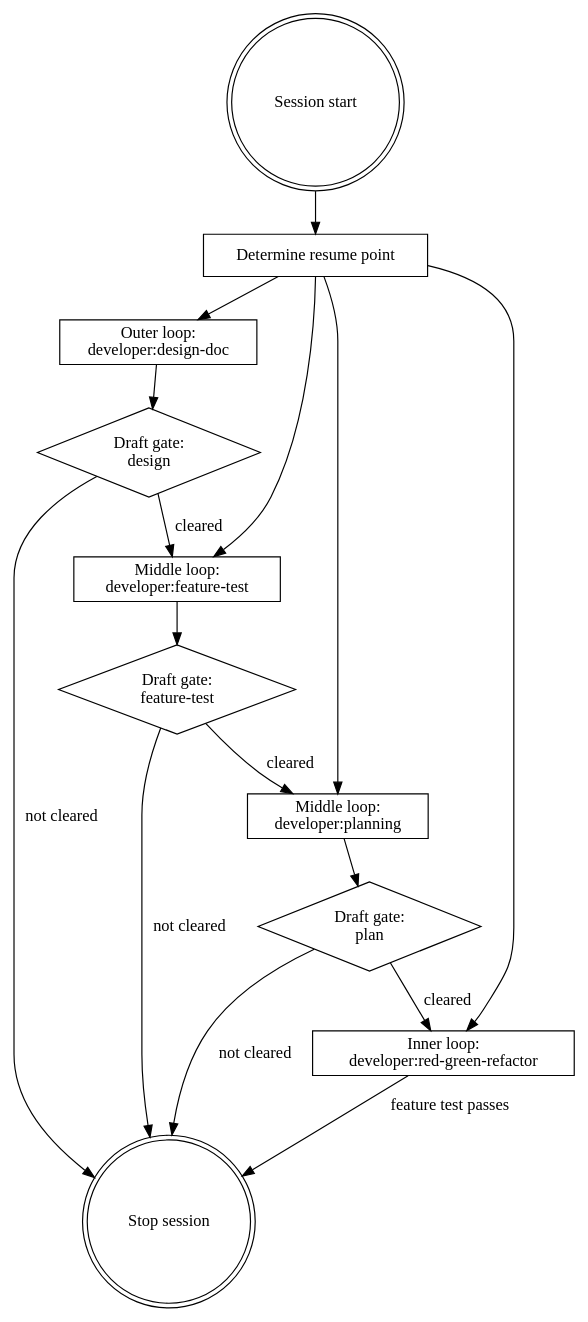
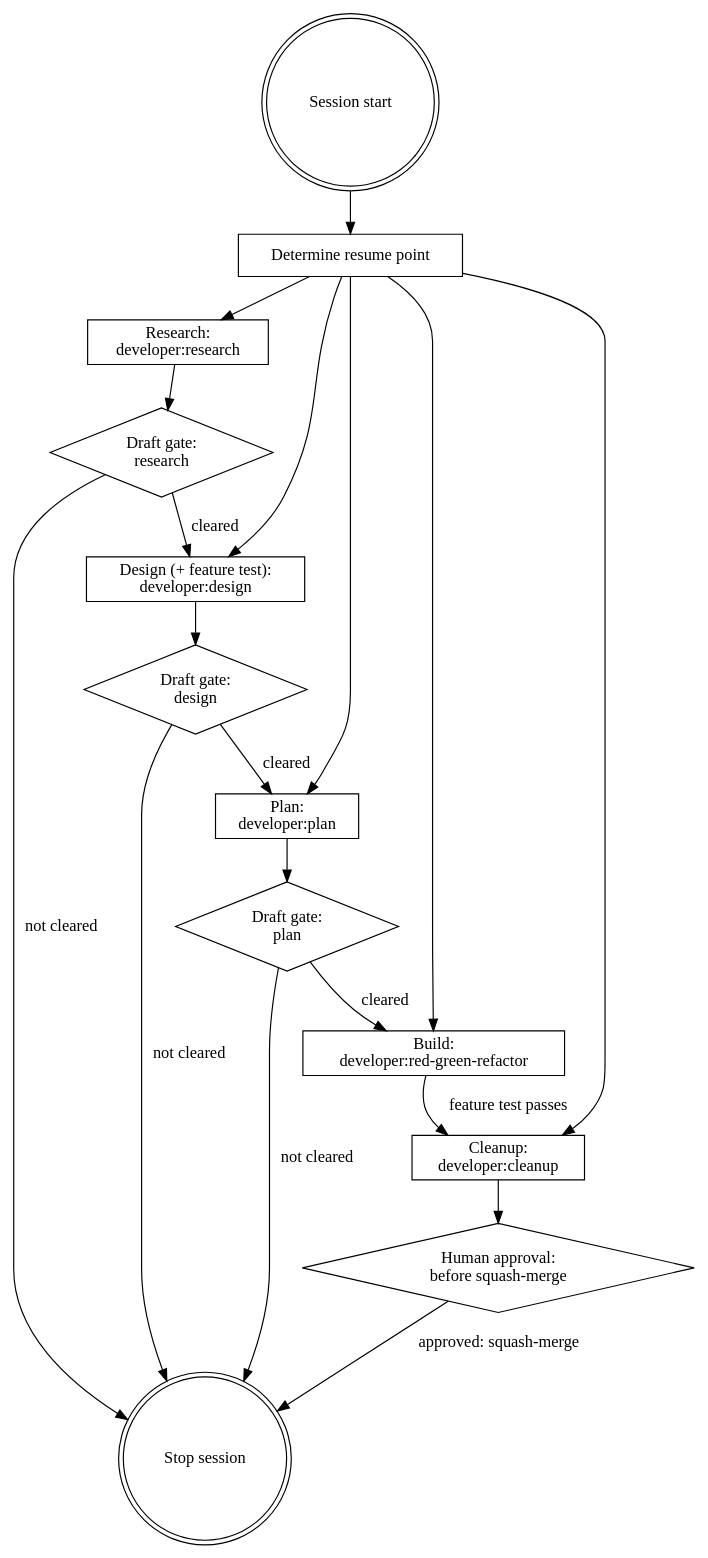
One commit to DavidSouther/domain-driven-design changed the diagram in developer/skills/ailly/SKILL.md. Above: the diagram before and after it, drawn with Graphviz. The commit also changed other lines of this file and 10 other files, not shown here.

````diff
--- a/developer/skills/ailly/SKILL.md
+++ b/developer/skills/ailly/SKILL.md
@@ -34,34 +37,39 @@
 ```dot
 digraph run {
     start [shape=doublecircle label="Session start"];
     resume [shape=box label="Determine resume point"];
-    design_doc [shape=box label="Outer loop:\ndeveloper:design-doc"];
+    research [shape=box label="Research:\ndeveloper:research"];
+    gate_research [shape=diamond label="Draft gate:\nresearch"];
+    design [shape=box label="Design (+ feature test):\ndeveloper:design"];
     gate_design [shape=diamond label="Draft gate:\ndesign"];
-    feature_test [shape=box label="Middle loop:\ndeveloper:feature-test"];
-    gate_feature [shape=diamond label="Draft gate:\nfeature-test"];
-    planning [shape=box label="Middle loop:\ndeveloper:planning"];
+    planning [shape=box label="Plan:\ndeveloper:plan"];
     gate_plan [shape=diamond label="Draft gate:\nplan"];
-    rgr [shape=box label="Inner loop:\ndeveloper:red-green-refactor"];
+    rgr [shape=box label="Build:\ndeveloper:red-green-refactor"];
+    cleanup [shape=box label="Cleanup:\ndeveloper:cleanup"];
+    gate_merge [shape=diamond label="Human approval:\nbefore squash-merge"];
     stop [shape=doublecircle label="Stop session"];
 
     start -> resume;
-    resume -> design_doc;
-    resume -> feature_test;
+    resume -> research;
+    resume -> design;
     resume -> planning;
     resume -> rgr;
+    resume -> cleanup;
 
-    design_doc -> gate_design;
+    research -> gate_research;
+    gate_research -> stop [label="not cleared"];
+    gate_research -> design [label="cleared"];
+
+    design -> gate_design;
     gate_design -> stop [label="not cleared"];
-    gate_design -> feature_test [label="cleared"];
-
-    feature_test -> gate_feature;
-    gate_feature -> stop [label="not cleared"];
-    gate_feature -> planning [label="cleared"];
+    gate_design -> planning [label="cleared"];
 
     planning -> gate_plan;
     gate_plan -> stop [label="not cleared"];
     gate_plan -> rgr [label="cleared"];
 
-    rgr -> stop [label="feature test passes"];
+    rgr -> cleanup [label="feature test passes"];
+    cleanup -> gate_merge;
+    gate_merge -> stop [label="approved: squash-merge"];
 }
 ```
````
